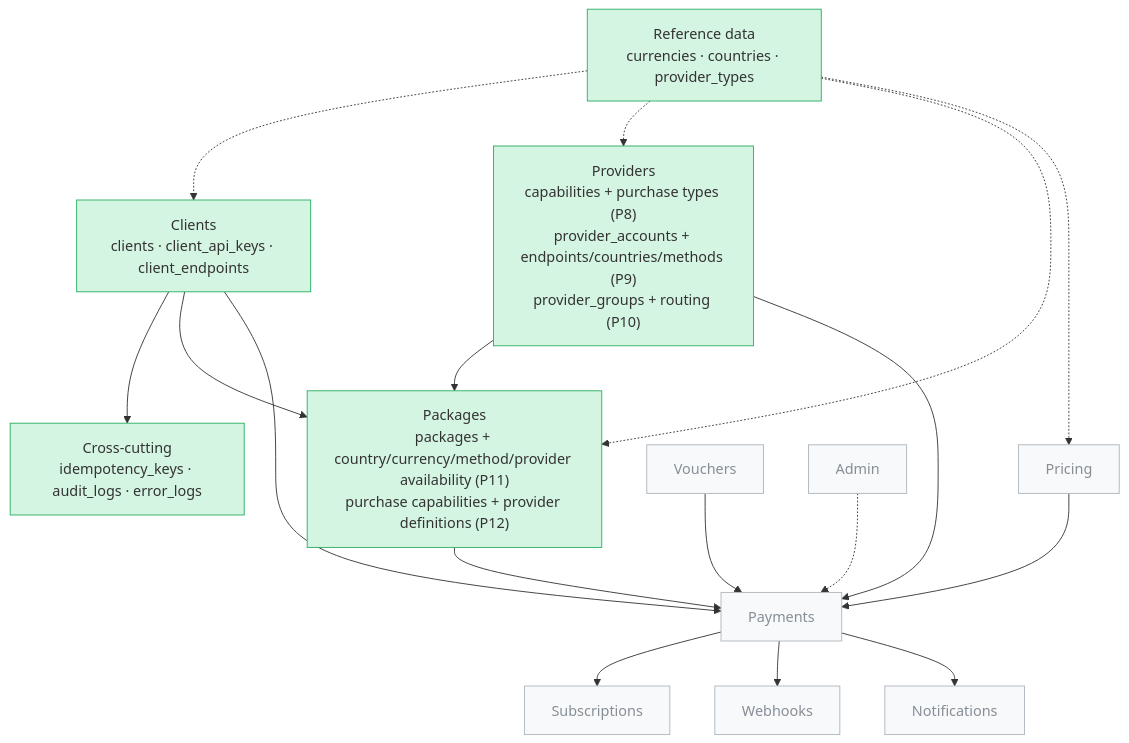
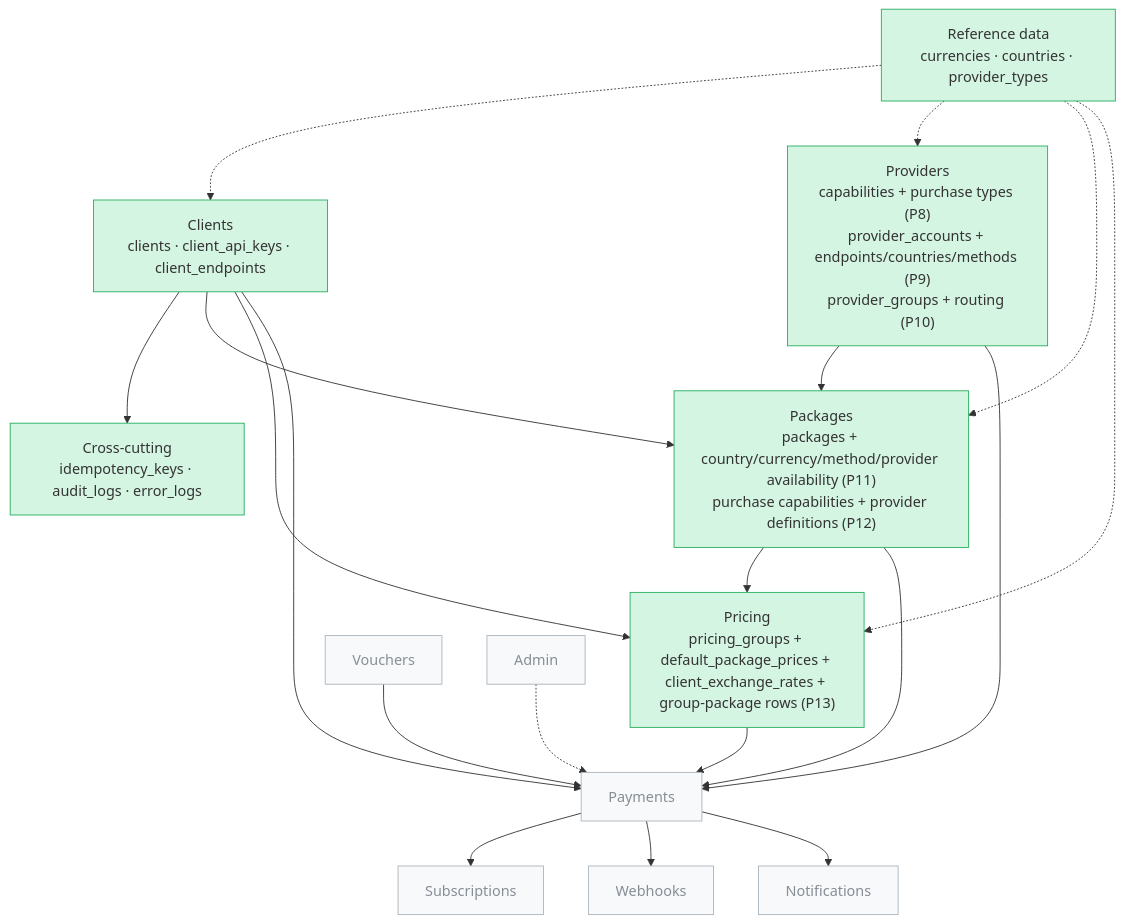
Before and after one commit to mahsashahi/Gomrok: the first of 11 diagrams in .claude/docs/database-diagram.md, drawn with Mermaid. The commit also changed other lines of this file and 81 other files, not shown here.

````diff
--- a/.claude/docs/database-diagram.md
+++ b/.claude/docs/database-diagram.md
@@ -9,29 +9,32 @@
 ```mermaid
 flowchart TD
     Ref["Reference data<br/>currencies · countries · provider_types"]
     Xc["Cross-cutting<br/>idempotency_keys · audit_logs · error_logs"]
     Clients["Clients<br/>clients · client_api_keys · client_endpoints"]
     Providers["Providers<br/>capabilities + purchase types (P8)<br/>provider_accounts + endpoints/countries/methods (P9)<br/>provider_groups + routing (P10)"]
     Packages["Packages<br/>packages + country/currency/method/provider availability (P11)<br/>purchase capabilities + provider definitions (P12)"]
+    Pricing["Pricing<br/>pricing_groups + default_package_prices + client_exchange_rates + group-package rows (P13)"]
     Ref -.-> Clients
     Ref -.-> Providers
     Ref -.-> Packages
     Ref -.-> Pricing
     Clients --> Xc
     Clients --> Packages
     Providers --> Packages
+    Clients --> Pricing
+    Packages --> Pricing
     Clients --> Payments
     Providers --> Payments
     Packages --> Payments
     Pricing --> Payments
     Vouchers --> Payments
     Payments --> Subscriptions
     Payments --> Webhooks
     Payments --> Notifications
     Admin -.-> Payments
 
     classDef done fill:#d5f5e3,stroke:#27ae60;
     classDef todo fill:#f8f9fa,stroke:#adb5bd,color:#868e96;
-    class Ref,Xc,Clients,Providers,Packages done;
-    class Pricing,Vouchers,Payments,Subscriptions,Webhooks,Notifications,Admin todo;
+    class Ref,Xc,Clients,Providers,Packages,Pricing done;
+    class Vouchers,Payments,Subscriptions,Webhooks,Notifications,Admin todo;
 ```
````
